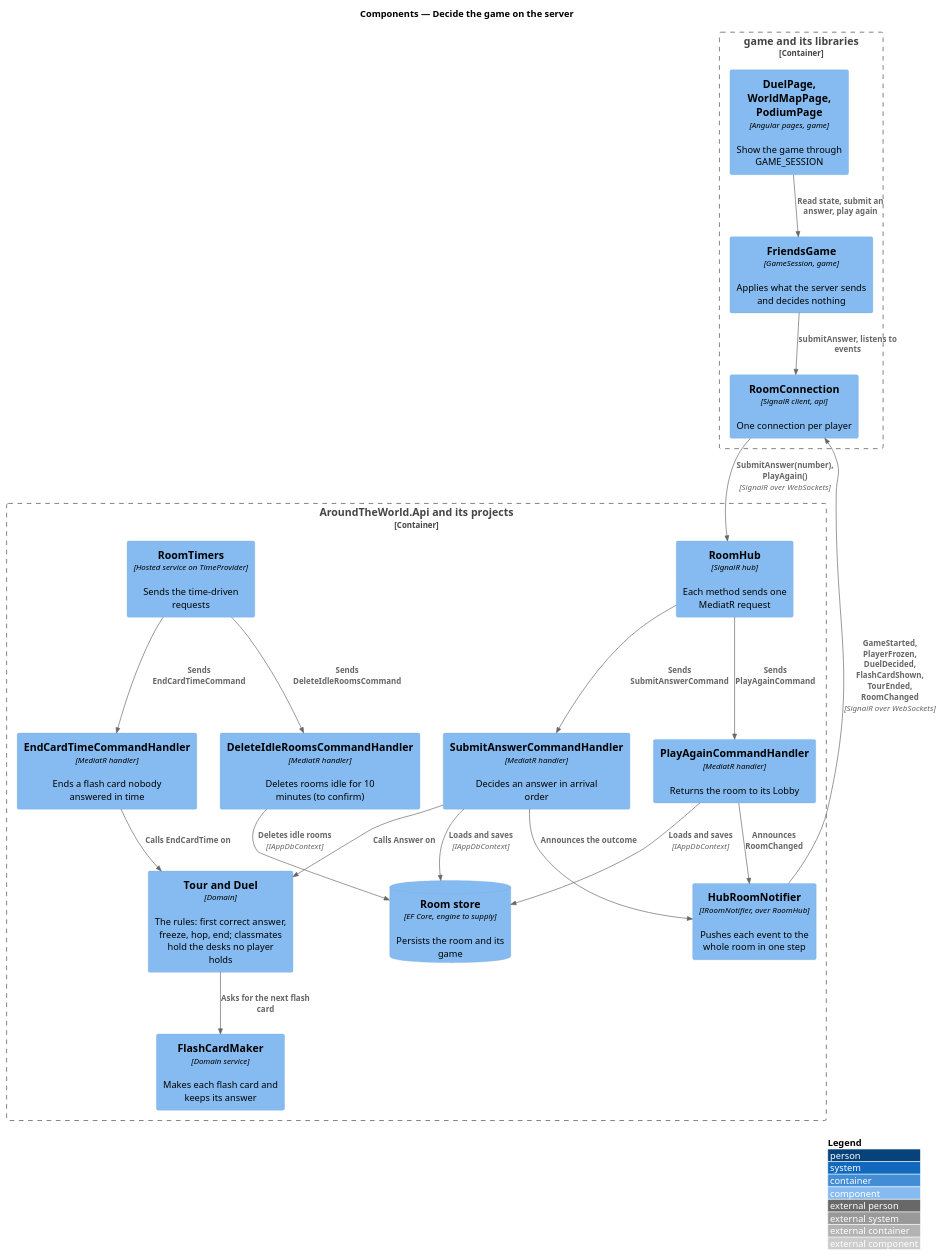
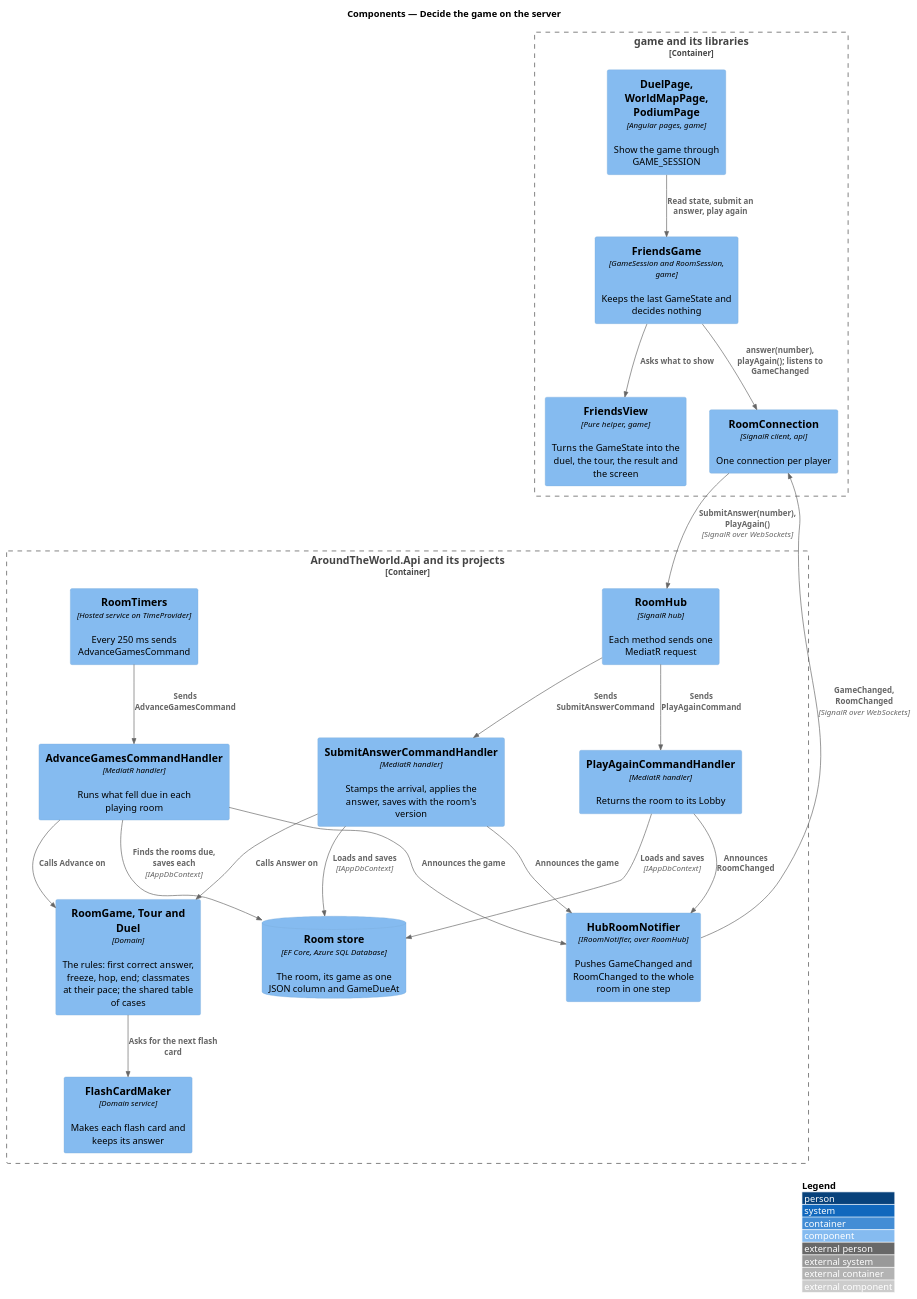
Before and after one commit to QuinntyneBrown/around-the-world: the diagram in docs/detailed-designs/rooms/decide-game-on-server/diagrams/c4-component.puml, drawn with PlantUML. The commit also changed 20 other files, not shown here.

First line of the commit message:
Journey 14: mark it complete, record its lessons, the budget, the diagrams and the components extended

```diff
--- a/docs/detailed-designs/rooms/decide-game-on-server/diagrams/c4-component.puml
+++ b/docs/detailed-designs/rooms/decide-game-on-server/diagrams/c4-component.puml
@@ -1,39 +1,40 @@
 @startuml
 !include <C4/C4_Component>
 LAYOUT_WITH_LEGEND()
 title Components — Decide the game on the server
 
 Container_Boundary(game, "game and its libraries") {
   Component(pages, "DuelPage, WorldMapPage, PodiumPage", "Angular pages, game", "Show the game through GAME_SESSION")
-  Component(session, "FriendsGame", "GameSession, game", "Applies what the server sends and decides nothing")
+  Component(session, "FriendsGame", "GameSession and RoomSession, game", "Keeps the last GameState and decides nothing")
+  Component(view, "FriendsView", "Pure helper, game", "Turns the GameState into the duel, the tour, the result and the screen")
   Component(conn, "RoomConnection", "SignalR client, api", "One connection per player")
 }
 Container_Boundary(api, "AroundTheWorld.Api and its projects") {
   Component(hub, "RoomHub", "SignalR hub", "Each method sends one MediatR request")
-  Component(timers, "RoomTimers", "Hosted service on TimeProvider", "Sends the time-driven requests")
-  Component(answer, "SubmitAnswerCommandHandler", "MediatR handler", "Decides an answer in arrival order")
-  Component(endcard, "EndCardTimeCommandHandler", "MediatR handler", "Ends a flash card nobody answered in time")
+  Component(timers, "RoomTimers", "Hosted service on TimeProvider", "Every 250 ms sends AdvanceGamesCommand")
+  Component(answer, "SubmitAnswerCommandHandler", "MediatR handler", "Stamps the arrival, applies the answer, saves with the room's version")
+  Component(advance, "AdvanceGamesCommandHandler", "MediatR handler", "Runs what fell due in each playing room")
   Component(again, "PlayAgainCommandHandler", "MediatR handler", "Returns the room to its Lobby")
-  Component(idle, "DeleteIdleRoomsCommandHandler", "MediatR handler", "Deletes rooms idle for 10 minutes (to confirm)")
-  Component(tour, "Tour and Duel", "Domain", "The rules: first correct answer, freeze, hop, end; classmates hold the desks no player holds")
+  Component(game2, "RoomGame, Tour and Duel", "Domain", "The rules: first correct answer, freeze, hop, end; classmates at their pace; the shared table of cases")
   Component(maker, "FlashCardMaker", "Domain service", "Makes each flash card and keeps its answer")
-  Component(notifier, "HubRoomNotifier", "IRoomNotifier, over RoomHub", "Pushes each event to the whole room in one step")
-  ComponentDb(store, "Room store", "EF Core, engine to supply", "Persists the room and its game")
+  Component(notifier, "HubRoomNotifier", "IRoomNotifier, over RoomHub", "Pushes GameChanged and RoomChanged to the whole room in one step")
+  ComponentDb(store, "Room store", "EF Core, Azure SQL Database", "The room, its game as one JSON column and GameDueAt")
 }
 Rel(pages, session, "Read state, submit an answer, play again")
-Rel(session, conn, "submitAnswer, listens to events")
+Rel(session, view, "Asks what to show")
+Rel(session, conn, "answer(number), playAgain(); listens to GameChanged")
 Rel(conn, hub, "SubmitAnswer(number), PlayAgain()", "SignalR over WebSockets")
 Rel(hub, answer, "Sends SubmitAnswerCommand")
 Rel(hub, again, "Sends PlayAgainCommand")
+Rel(timers, advance, "Sends AdvanceGamesCommand")
+Rel(answer, game2, "Calls Answer on")
+Rel(advance, game2, "Calls Advance on")
+Rel(game2, maker, "Asks for the next flash card")
+Rel(answer, store, "Loads and saves", "IAppDbContext")
+Rel(advance, store, "Finds the rooms due, saves each", "IAppDbContext")
 Rel(again, store, "Loads and saves", "IAppDbContext")
+Rel(answer, notifier, "Announces the game")
+Rel(advance, notifier, "Announces the game")
 Rel(again, notifier, "Announces RoomChanged")
-Rel(timers, endcard, "Sends EndCardTimeCommand")
-Rel(timers, idle, "Sends DeleteIdleRoomsCommand")
-Rel(answer, tour, "Calls Answer on")
-Rel(endcard, tour, "Calls EndCardTime on")
-Rel(tour, maker, "Asks for the next flash card")
-Rel(answer, store, "Loads and saves", "IAppDbContext")
-Rel(idle, store, "Deletes idle rooms", "IAppDbContext")
-Rel(answer, notifier, "Announces the outcome")
-Rel(notifier, conn, "GameStarted, PlayerFrozen, DuelDecided, FlashCardShown, TourEnded, RoomChanged", "SignalR over WebSockets")
+Rel(notifier, conn, "GameChanged, RoomChanged", "SignalR over WebSockets")
 @enduml
```
